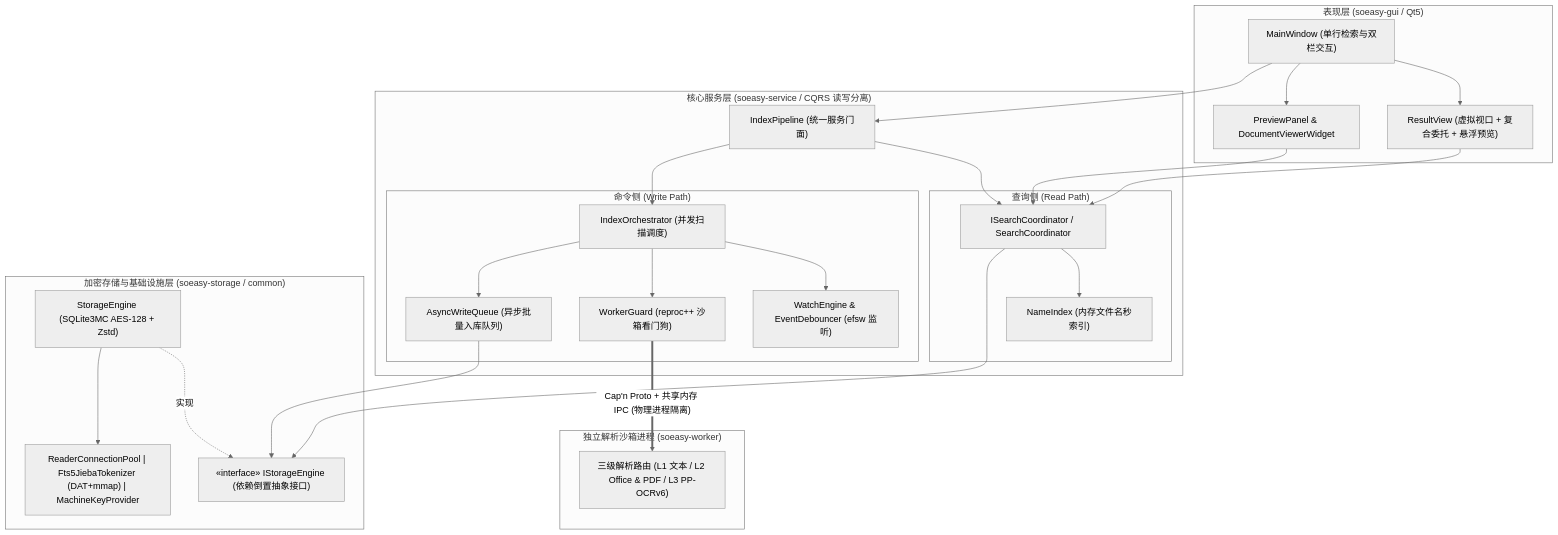
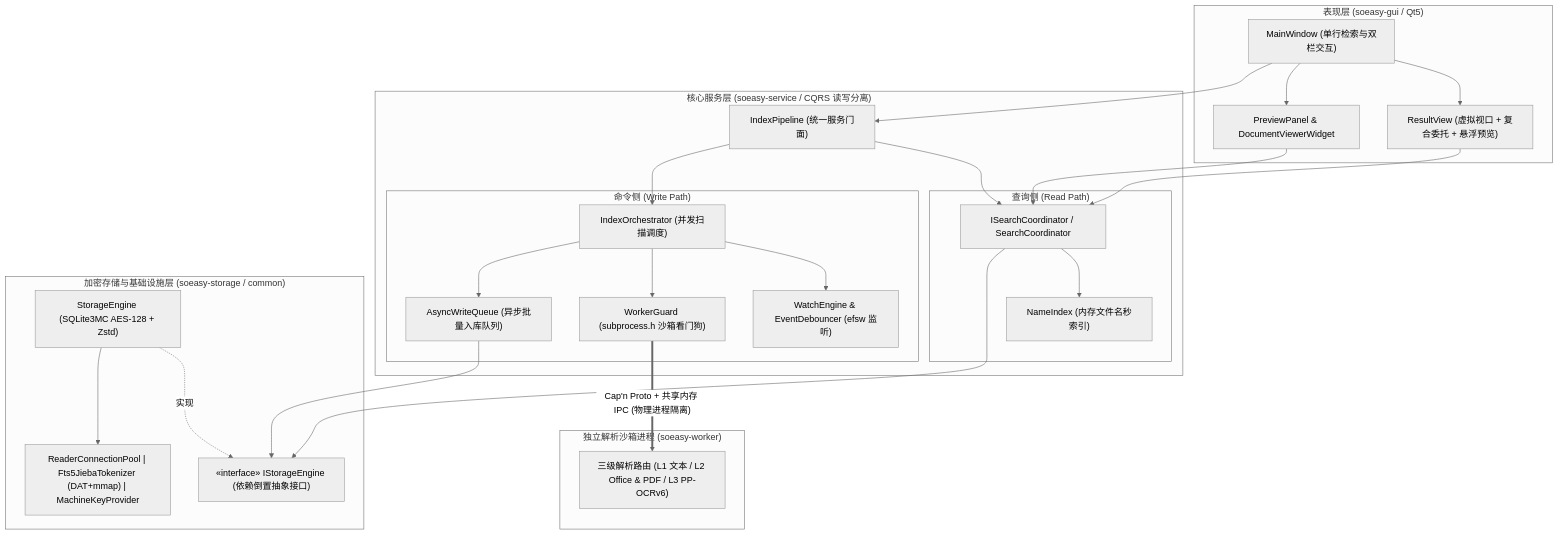
The diagram in README_zh.md (lilucpp/soeasy), drawn with Mermaid (neutral theme) before and after one commit. The commit also changed 11 other files, not shown here.

First line of the commit message:
refactor(service): replace reproc with subprocess.h and RAII lifecycle guard

````diff
--- a/README_zh.md
+++ b/README_zh.md
@@ -35,52 +35,52 @@
 ```mermaid
 flowchart TD
     subgraph UI ["表现层 (soeasy-gui / Qt5)"]
         MainWindow["MainWindow (单行检索与双栏交互)"]
         ResultView["ResultView (虚拟视口 + 复合委托 + 悬浮预览)"]
         PreviewPanel["PreviewPanel & DocumentViewerWidget"]
         MainWindow --> ResultView
         MainWindow --> PreviewPanel
     end
 
     subgraph Core ["核心服务层 (soeasy-service / CQRS 读写分离)"]
         IndexPipeline["IndexPipeline (统一服务门面)"]
 
         subgraph QuerySide ["查询侧 (Read Path)"]
             SearchCoord["ISearchCoordinator / SearchCoordinator"]
             NameIndex["NameIndex (内存文件名秒索引)"]
             SearchCoord --> NameIndex
         end
 
         subgraph CommandSide ["命令侧 (Write Path)"]
             Orchestrator["IndexOrchestrator (并发扫描调度)"]
             WatchEngine["WatchEngine & EventDebouncer (efsw 监听)"]
-            WorkerGuard["WorkerGuard (reproc++ 沙箱看门狗)"]
+            WorkerGuard["WorkerGuard (subprocess.h 沙箱看门狗)"]
             WriteQueue["AsyncWriteQueue (异步批量入库队列)"]
             Orchestrator --> WatchEngine
             Orchestrator --> WorkerGuard
             Orchestrator --> WriteQueue
         end
 
         IndexPipeline --> SearchCoord
         IndexPipeline --> Orchestrator
     end
 
     subgraph Sandbox ["独立解析沙箱进程 (soeasy-worker)"]
         ParserRouter["三级解析路由 (L1 文本 / L2 Office & PDF / L3 PP-OCRv6)"]
     end
 
     subgraph Storage ["加密存储与基础设施层 (soeasy-storage / common)"]
         IStorage["«interface» IStorageEngine (依赖倒置抽象接口)"]
         StorageEngine["StorageEngine (SQLite3MC AES-128 + Zstd)"]
         Subsystems["ReaderConnectionPool | Fts5JiebaTokenizer (DAT+mmap) | MachineKeyProvider"]
         StorageEngine -.->|"实现"| IStorage
         StorageEngine --> Subsystems
     end
 
     MainWindow --> IndexPipeline
     ResultView --> SearchCoord
     PreviewPanel --> SearchCoord
     SearchCoord --> IStorage
     WriteQueue --> IStorage
     WorkerGuard ==>|"Cap'n Proto + 共享内存 IPC (物理进程隔离)"| ParserRouter
 ```
````
